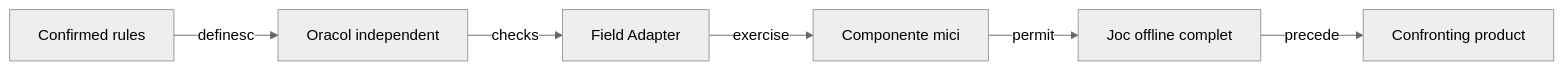
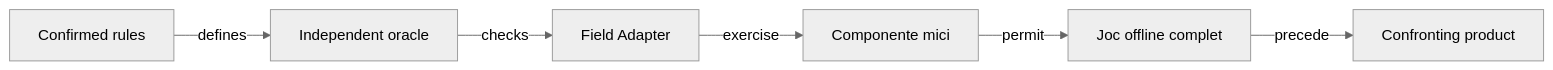
Before and after one commit to crististefanita/atf_j4: the diagram in docs/learning/ATF_GameTransfer.md, drawn with Mermaid (neutral theme). The commit also changed other lines of this file and 84 other files, not shown here.

````diff
--- a/docs/learning/ATF_GameTransfer.md
+++ b/docs/learning/ATF_GameTransfer.md
@@ -26,8 +26,8 @@
 ```mermaid
 flowchart LR
-    SPEC[Confirmed rules] -->|definesc| ORACLE[Oracol independent]
+    SPEC[Confirmed rules] -->|defines| ORACLE[Independent oracle]
     ORACLE -->|checks| ADAPTER[Field Adapter]
     ADAPTER -->|exercise| CASES[Componente mici]
     CASES -->|permit| LOOP[Joc offline complet]
     LOOP -->|precede| REAL[Confronting product]
 ```
````
